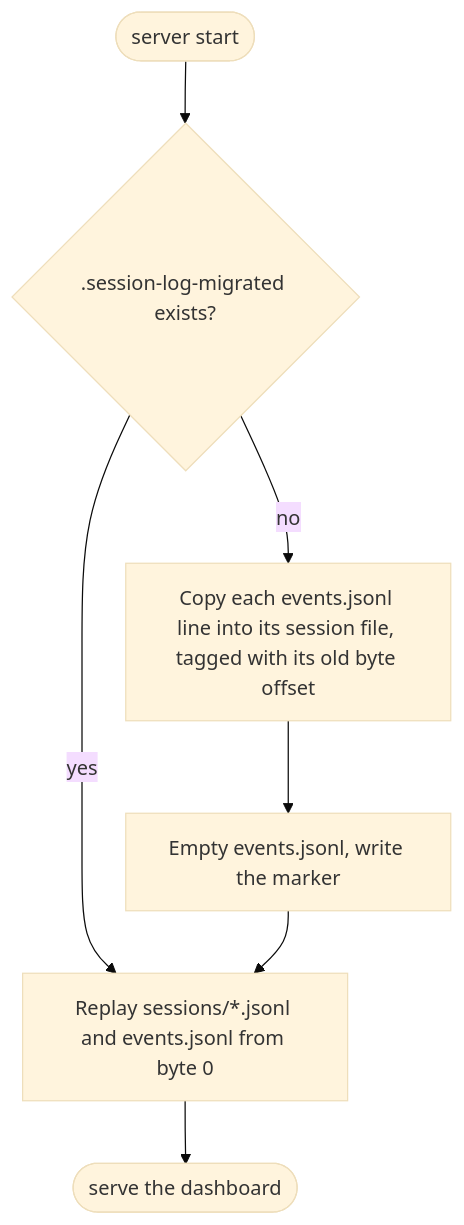
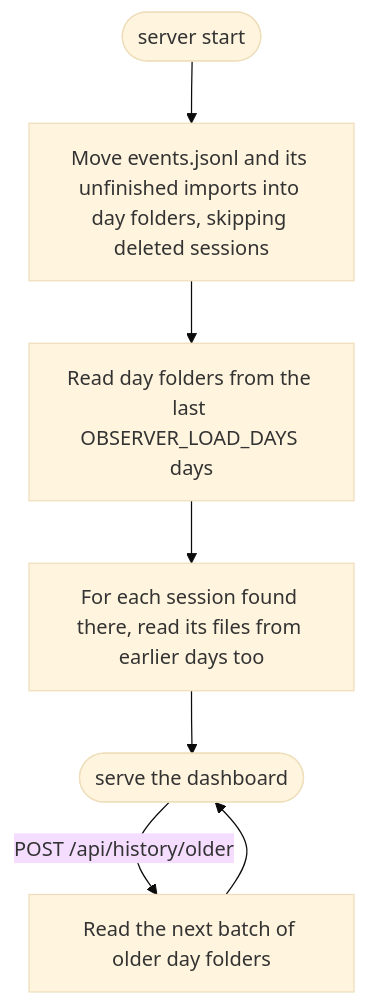
One commit to adrianstanek/session-observer changed the third of 3 diagrams in README.md. Above: the diagram before and after it, drawn with Mermaid (base theme). The commit also changed other lines of this file and 27 other files, not shown here.

First line of the commit message:
feat: store events in day folders and load recent days only

```diff
--- a/README.md
+++ b/README.md
@@ -76,9 +80,9 @@
 ~~~mermaid
 flowchart TD
-  Start([server start]) --> Marker{.session-log-migrated exists?}
-  Marker -- no --> Split[Copy each events.jsonl line into its session file, tagged with its old byte offset]
-  Split --> Empty[Empty events.jsonl, write the marker]
-  Marker -- yes --> Replay
-  Empty --> Replay[Replay sessions/*.jsonl and events.jsonl from byte 0]
-  Replay --> Ready([serve the dashboard])
+  Start([server start]) --> Import[Move events.jsonl and its unfinished imports into day folders, skipping deleted sessions]
+  Import --> Window[Read day folders from the last OBSERVER_LOAD_DAYS days]
+  Window --> Pull[For each session found there, read its files from earlier days too]
+  Pull --> Ready([serve the dashboard])
+  Ready -->|POST /api/history/older| Older[Read the next batch of older day folders]
+  Older --> Ready
 ~~~
```
